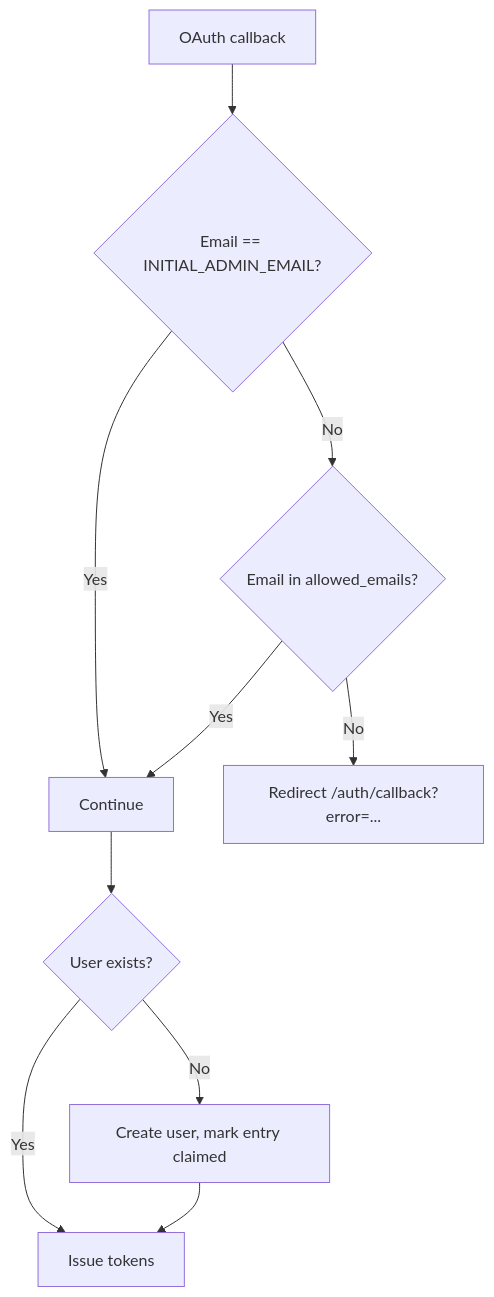
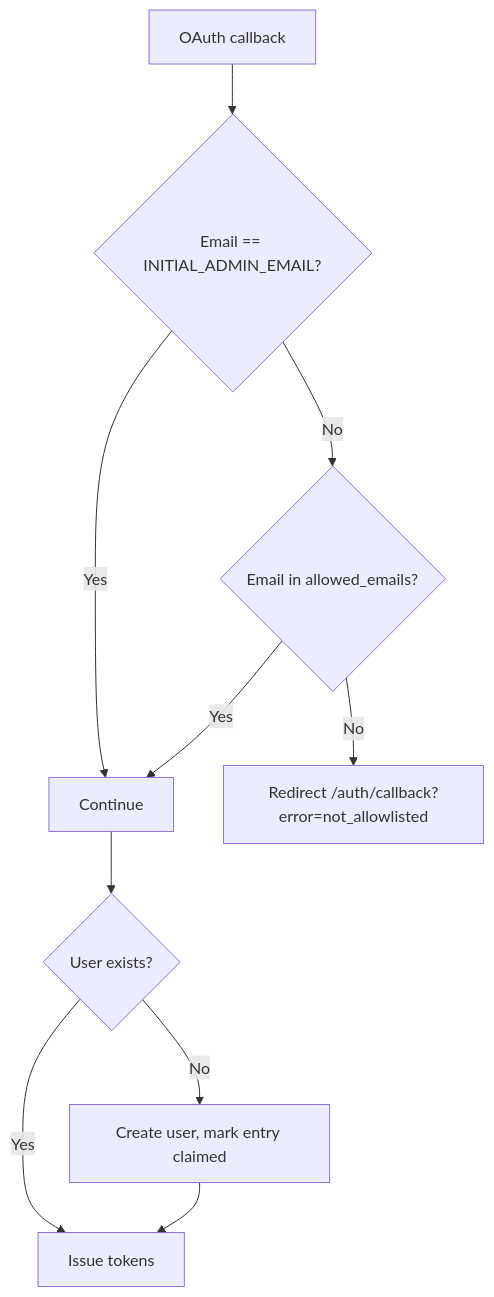
Before and after one commit to marinoscar/EnterpriseAppBase: the fifth of 5 diagrams in docs/SECURITY-ARCHITECTURE.md, drawn with Mermaid. The commit also changed other lines of this file and 5 other files, not shown here.

````diff
--- a/docs/SECURITY-ARCHITECTURE.md
+++ b/docs/SECURITY-ARCHITECTURE.md
@@ -435,12 +503,12 @@
 ```mermaid
 flowchart TD
     A[OAuth callback] --> B{Email == INITIAL_ADMIN_EMAIL?}
     B -->|Yes| K[Continue]
     B -->|No| C{Email in allowed_emails?}
-    C -->|No| D["Redirect /auth/callback?error=..."]
+    C -->|No| D["Redirect /auth/callback?error=not_allowlisted"]
     C -->|Yes| K
     K --> F{User exists?}
     F -->|No| G[Create user, mark entry claimed]
     F -->|Yes| L[Issue tokens]
     G --> L
 ```
````
